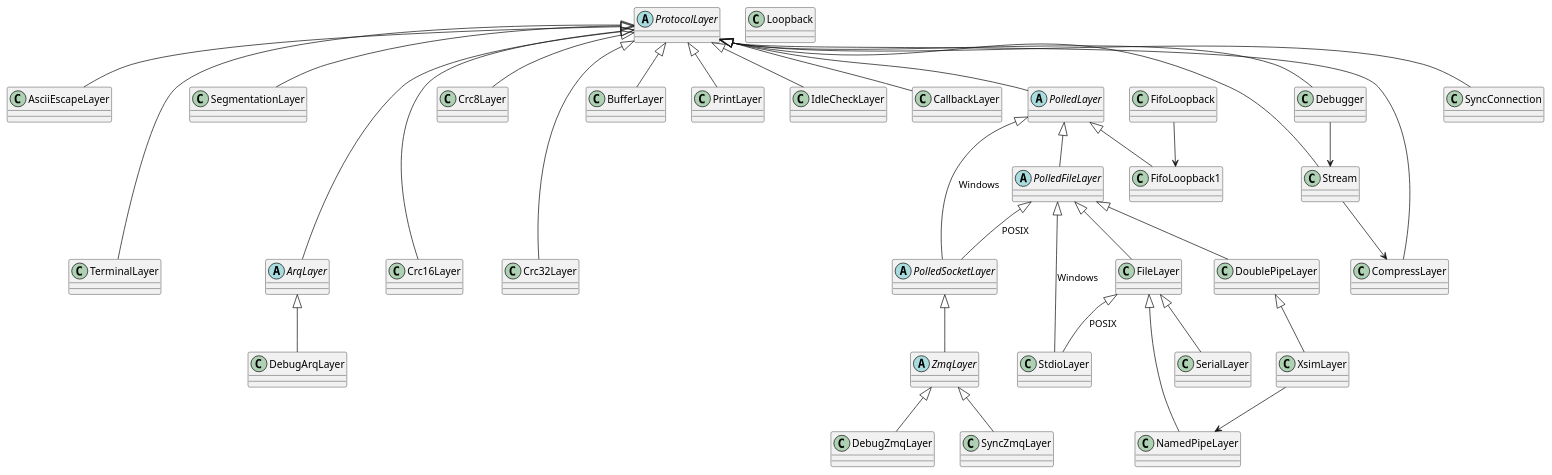
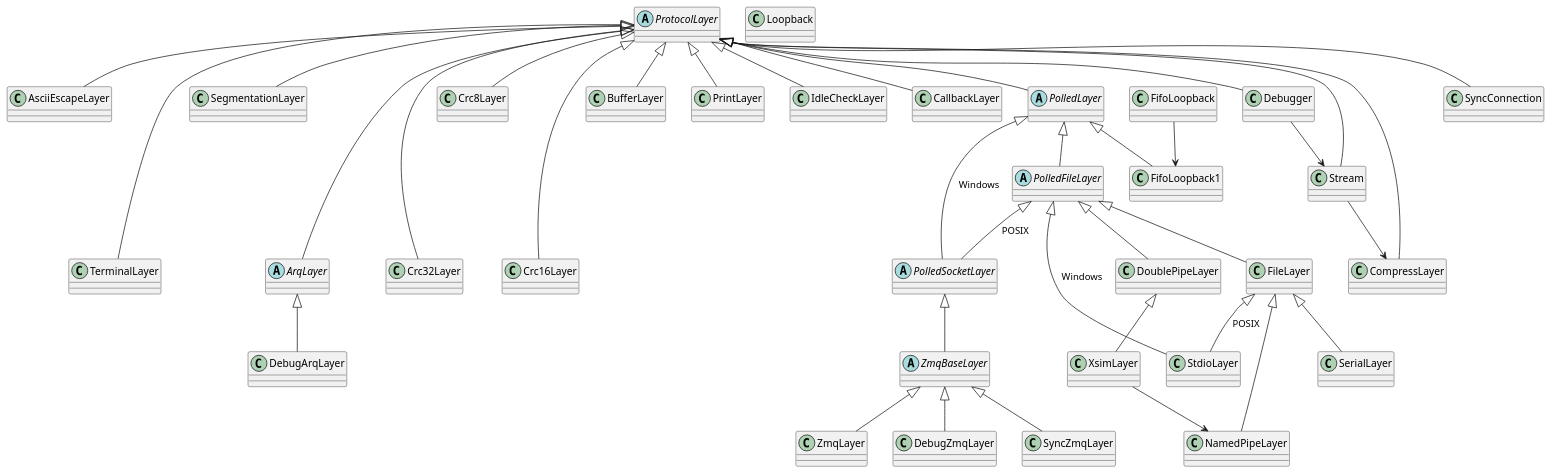
The diagram in sphinx/doc/cpp_protocol.rst (DEMCON/libstored), drawn with PlantUML before and after one commit. The commit also changed other lines of this file and 3 other files, not shown here.

```diff
--- a/sphinx/doc/cpp_protocol.rst
+++ b/sphinx/doc/cpp_protocol.rst
@@ -80,53 +80,54 @@
 .. uml::
 
    abstract ProtocolLayer
    ProtocolLayer <|-- AsciiEscapeLayer
    ProtocolLayer <|-- TerminalLayer
    AsciiEscapeLayer -[hidden]--> TerminalLayer
    ProtocolLayer <|-- SegmentationLayer
    ProtocolLayer <|-- Crc8Layer
    ProtocolLayer <|-- Crc16Layer
    ProtocolLayer <|-- Crc32Layer
    Crc8Layer -[hidden]--> Crc16Layer
    Crc8Layer -[hidden]--> Crc32Layer
    ProtocolLayer <|-- BufferLayer
    ProtocolLayer <|-- PrintLayer
    ProtocolLayer <|-- IdleCheckLayer
    ProtocolLayer <|-- CallbackLayer
 
    abstract ArqLayer
    SegmentationLayer -[hidden]--> ArqLayer
    ProtocolLayer <|-- ArqLayer
    ArqLayer <|-- DebugArqLayer
 
    abstract PolledLayer
    abstract PolledFileLayer
    abstract PolledSocketLayer
    ProtocolLayer <|-- PolledLayer
    PolledLayer <|-- PolledFileLayer
    PolledFileLayer <|-- FileLayer
    FileLayer <|-- NamedPipeLayer
    PolledFileLayer <|-- DoublePipeLayer
    DoublePipeLayer <|-- XsimLayer
    XsimLayer --> NamedPipeLayer
    PolledLayer <|-- PolledSocketLayer : Windows
    PolledFileLayer <|-- PolledSocketLayer : POSIX
    PolledFileLayer <|-- StdioLayer : Windows
    FileLayer <|-- StdioLayer : POSIX
    ProtocolLayer <|-- CompressLayer
    PolledLayer <|-- FifoLoopback1
    FileLayer <|-- SerialLayer
 
    ProtocolLayer <|-- Stream
    Debugger --> Stream
    Stream --> CompressLayer
    ProtocolLayer <|-- Debugger
    ProtocolLayer <|-- SyncConnection
 
-   abstract ZmqLayer
-   PolledSocketLayer <|-- ZmqLayer
-   ZmqLayer <|-- DebugZmqLayer
-   ZmqLayer <|-- SyncZmqLayer
+   abstract ZmqBaseLayer
+   PolledSocketLayer <|-- ZmqBaseLayer
+   ZmqBaseLayer <|-- DebugZmqLayer
+   ZmqBaseLayer <|-- SyncZmqLayer
+   ZmqBaseLayer <|-- ZmqLayer
 
    class Loopback
    FifoLoopback --> FifoLoopback1
```
